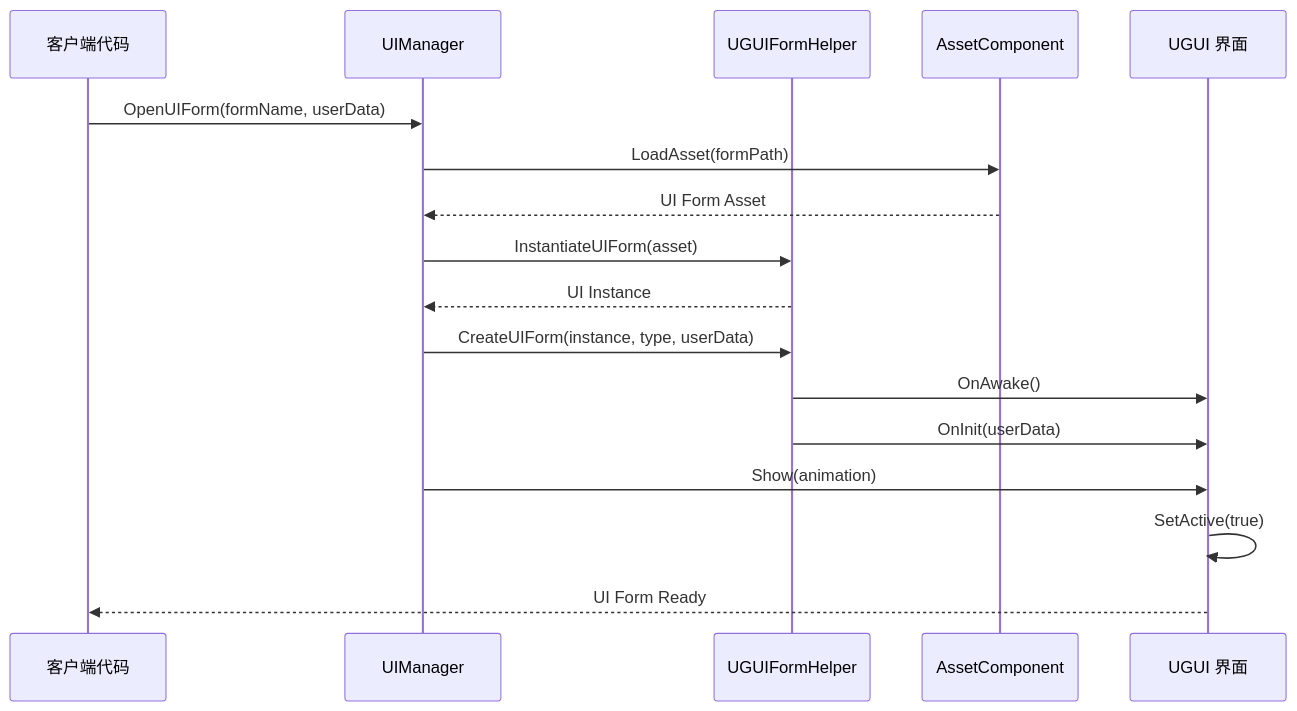
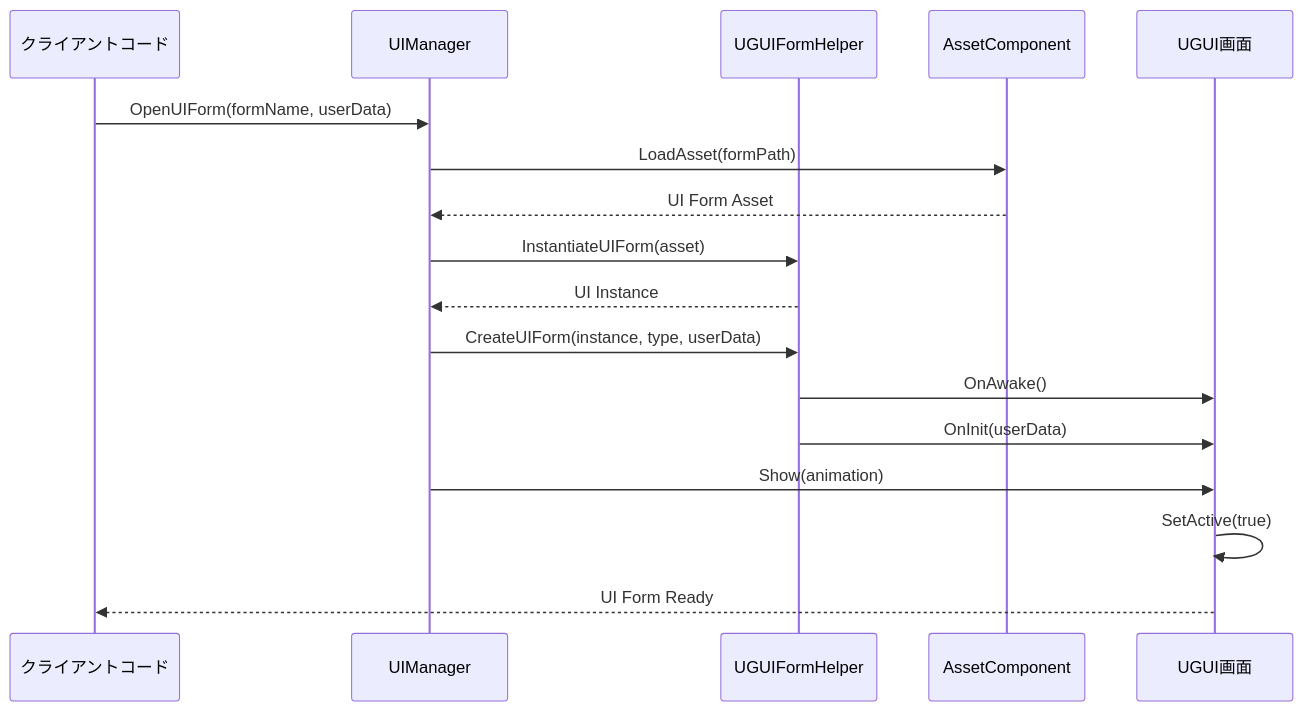
The second of 3 diagrams in docs/ja/client/unity/component/ui-ugui/04.features.md (AlianBlank/GameFrameX.Docs), drawn with Mermaid before and after one commit. The commit also changed other lines of this file and 320 other files, not shown here.

````diff
--- a/docs/ja/client/unity/component/ui-ugui/04.features.md
+++ b/docs/ja/client/unity/component/ui-ugui/04.features.md
@@ -292,20 +292,20 @@
 ```mermaid
 sequenceDiagram
-    participant Client as 客户端代码
+    participant Client as クライアントコード
     participant UIMgr as UIManager
     participant FormHelper as UGUIFormHelper
     participant Asset as AssetComponent
-    participant UGUI as UGUI 界面
+    participant UGUI as UGUI画面
 
     Client->>UIMgr: OpenUIForm(formName, userData)
     UIMgr->>Asset: LoadAsset(formPath)
     Asset-->>UIMgr: UI Form Asset
     UIMgr->>FormHelper: InstantiateUIForm(asset)
     FormHelper-->>UIMgr: UI Instance
     UIMgr->>FormHelper: CreateUIForm(instance, type, userData)
     FormHelper->>UGUI: OnAwake()
     FormHelper->>UGUI: OnInit(userData)
     UIMgr->>UGUI: Show(animation)
     UGUI->>UGUI: SetActive(true)
     UGUI-->>Client: UI Form Ready
 ```
````
